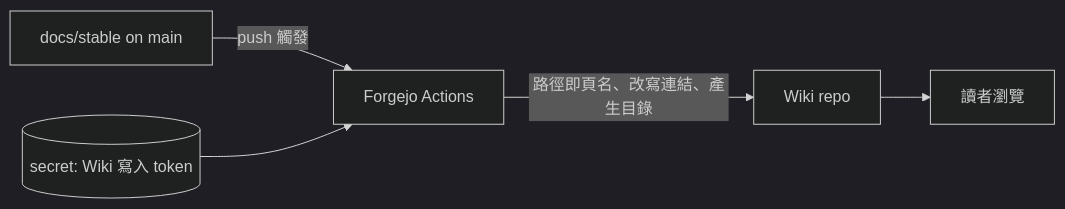
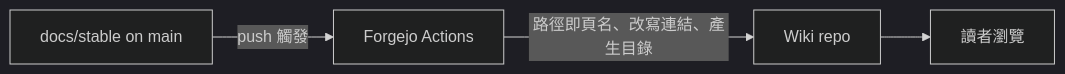
One commit to lanyitin/runline changed the diagram in docs/stable/wiki-mirror/README.md. Above: the diagram before and after it, drawn with Mermaid (dark theme). The commit also changed other lines of this file and 7 other files, not shown here.

Commit message:
docs(wiki-mirror): promote #9 (probe results, built-in token) to stable, mark #2 done, and remove the drafts

````diff
--- a/docs/stable/wiki-mirror/README.md
+++ b/docs/stable/wiki-mirror/README.md
@@ -23,7 +23,6 @@
 ```mermaid
 flowchart LR
   A[docs/stable on main] -->|push 觸發| B[Forgejo Actions]
-  S[(secret: Wiki 寫入 token)] --> B
   B -->|路徑即頁名、改寫連結、產生目錄| C[Wiki repo]
   C --> D[讀者瀏覽]
 ```
````
